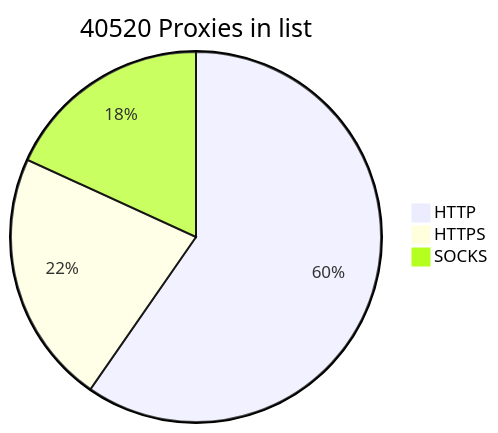
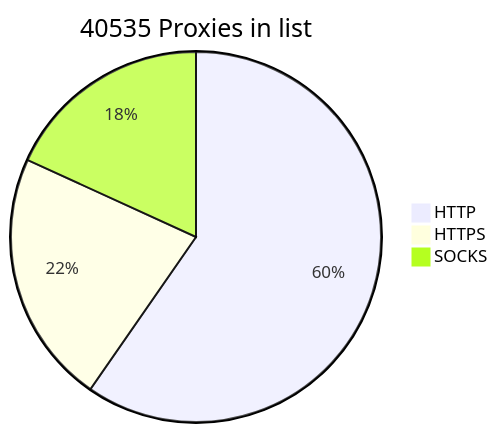
One commit to BlackSnowDot/proxylist-update-every-minute changed the diagram in README.md. Above: the diagram before and after it, drawn with Mermaid.

````diff
--- a/README.md
+++ b/README.md
@@ -2,6 +2,6 @@
 ```mermaid
-pie title 40520 Proxies in list
-    "HTTP" : 28346
-    "HTTPS": 10540
-    "SOCKS" : 8635
+pie title 40535 Proxies in list
+    "HTTP" : 28360
+    "HTTPS": 10541
+    "SOCKS" : 8639
 ```
````
